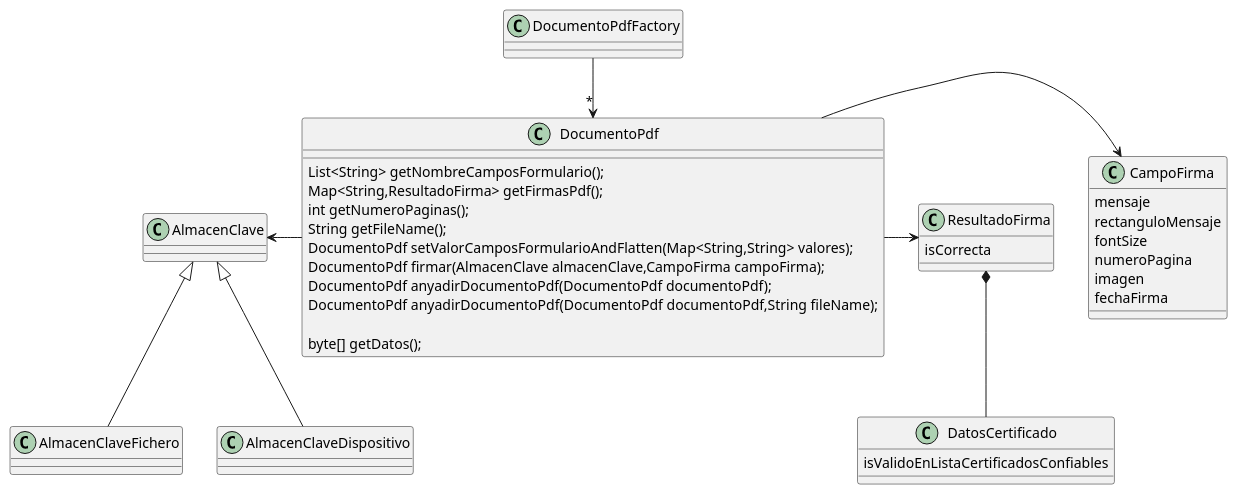
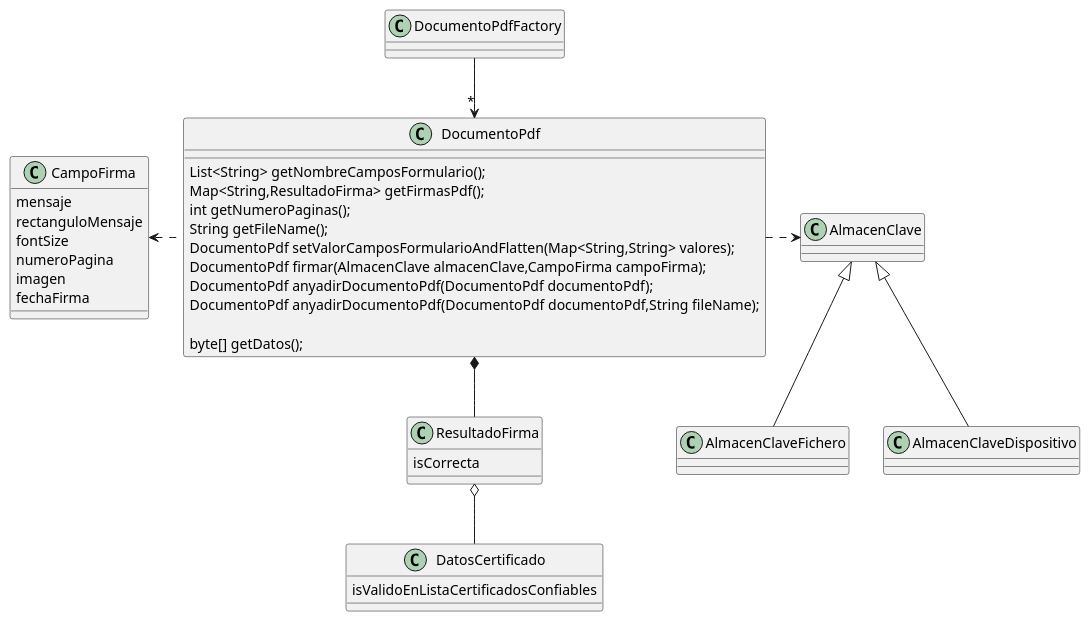
One commit to educaflow/pruebasLorenzo changed the diagram in src/main/java/com/educaflow/common/pdf/pdf.plantuml. Above: the diagram before and after it, drawn with PlantUML. The commit also changed 3 other files, not shown here.

Commit message:
Modificar los diagramas UML

```diff
--- a/src/main/java/com/educaflow/common/pdf/pdf.plantuml
+++ b/src/main/java/com/educaflow/common/pdf/pdf.plantuml
@@ -1,45 +1,45 @@
 @startuml
 
 DocumentoPdfFactory --> "*" DocumentoPdf
 
- AlmacenClave <- DocumentoPdf
-DocumentoPdf -> CampoFirma
-DocumentoPdf -> ResultadoFirma
+DocumentoPdf .> AlmacenClave
+DocumentoPdf .left> CampoFirma
+DocumentoPdf *-- ResultadoFirma
 AlmacenClave <|-- AlmacenClaveFichero
 AlmacenClave <|-- AlmacenClaveDispositivo
 
-ResultadoFirma *-- DatosCertificado
+ResultadoFirma o-- DatosCertificado
 
 class DocumentoPdf {
     List<String> getNombreCamposFormulario();
     Map<String,ResultadoFirma> getFirmasPdf();
     int getNumeroPaginas();
     String getFileName();
 
 
     DocumentoPdf setValorCamposFormularioAndFlatten(Map<String,String> valores);
     DocumentoPdf firmar(AlmacenClave almacenClave,CampoFirma campoFirma);
     DocumentoPdf anyadirDocumentoPdf(DocumentoPdf documentoPdf);
     DocumentoPdf anyadirDocumentoPdf(DocumentoPdf documentoPdf,String fileName);
 
     byte[] getDatos();
 }
 
 class ResultadoFirma {
     isCorrecta
 }
 
 class DatosCertificado {
     isValidoEnListaCertificadosConfiables
 }
 
 class CampoFirma {
 mensaje
 rectanguloMensaje
 fontSize
 numeroPagina
 imagen
 fechaFirma
 }
 
 @enduml
```
